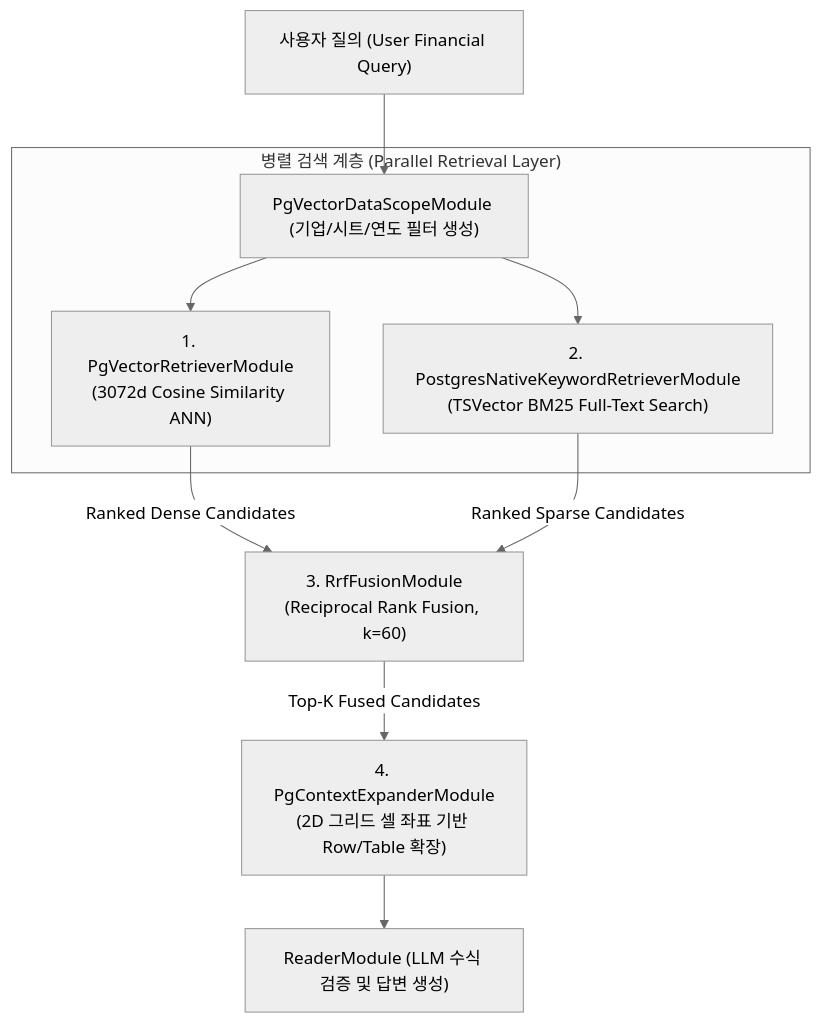
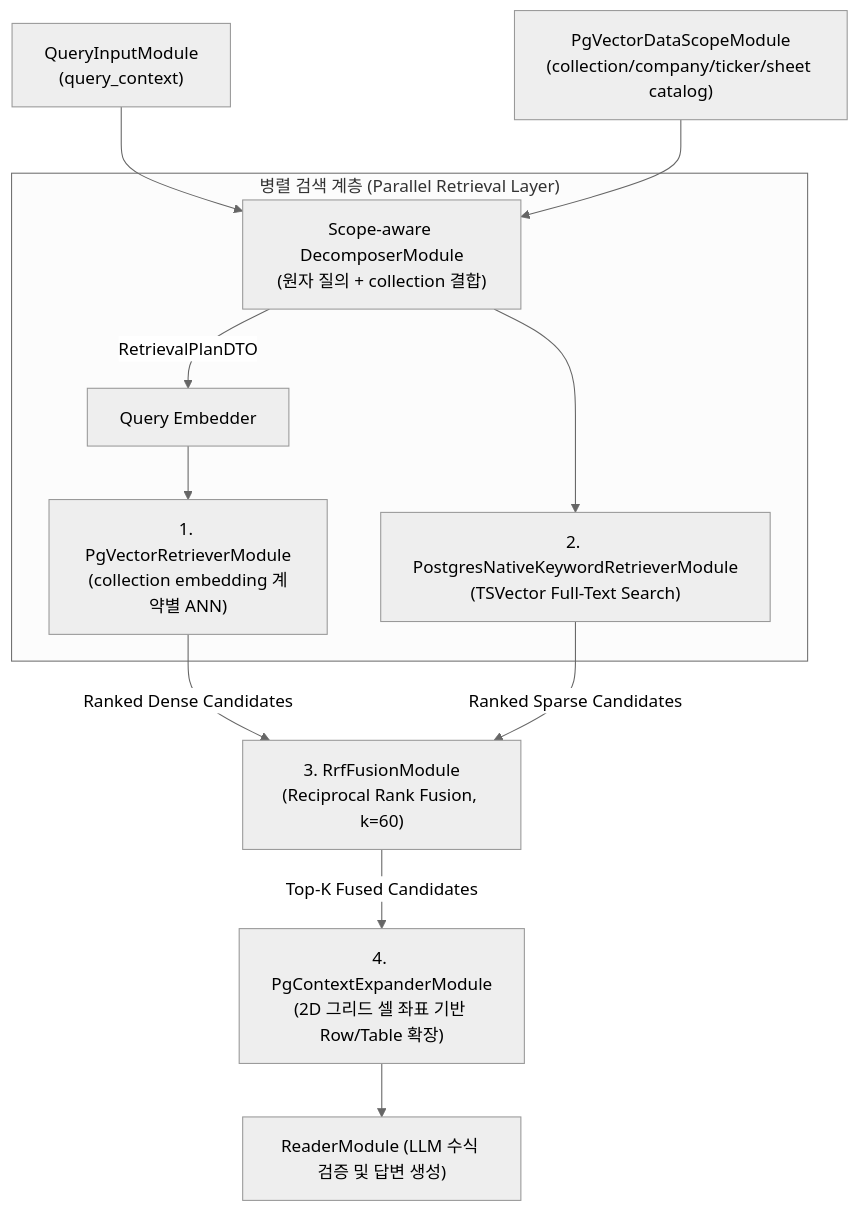
One commit to bist-mini-final/bist-mini-final changed the first of 2 diagrams in docs/blueprints/03_pipeline_module_blueprints/BP-303_hybrid_retrieval_and_fusion.md. Above: the diagram before and after it, drawn with Mermaid (neutral theme). The commit also changed other lines of this file and 152 other files, not shown here.

````diff
--- a/docs/blueprints/03_pipeline_module_blueprints/BP-303_hybrid_retrieval_and_fusion.md
+++ b/docs/blueprints/03_pipeline_module_blueprints/BP-303_hybrid_retrieval_and_fusion.md
@@ -14,15 +14,17 @@
 ```mermaid
 flowchart TD
-    QUERY["사용자 질의 (User Financial Query)"] --> SCOPE["PgVectorDataScopeModule (기업/시트/연도 필터 생성)"]
+    QUERY["QueryInputModule<br>(query_context)"] --> DECOMPOSE["Scope-aware DecomposerModule<br>(원자 질의 + collection 결합)"]
+    CATALOG["PgVectorDataScopeModule<br>(collection/company/ticker/sheet catalog)"] --> DECOMPOSE
+    DECOMPOSE -->|RetrievalPlanDTO| EMBED["Query Embedder"]
 
     subgraph ParallelRetrieval ["병렬 검색 계층 (Parallel Retrieval Layer)"]
-        SCOPE --> DENSE["1. PgVectorRetrieverModule<br>(3072d Cosine Similarity ANN)"]
-        SCOPE --> SPARSE["2. PostgresNativeKeywordRetrieverModule<br>(TSVector BM25 Full-Text Search)"]
+        EMBED --> DENSE["1. PgVectorRetrieverModule<br>(collection embedding 계약별 ANN)"]
+        DECOMPOSE --> SPARSE["2. PostgresNativeKeywordRetrieverModule<br>(TSVector Full-Text Search)"]
     end
 
     DENSE -->|Ranked Dense Candidates| RRF["3. RrfFusionModule<br>(Reciprocal Rank Fusion, k=60)"]
     SPARSE -->|Ranked Sparse Candidates| RRF
 
     RRF -->|Top-K Fused Candidates| EXPAND["4. PgContextExpanderModule<br>(2D 그리드 셀 좌표 기반 Row/Table 확장)"]
     EXPAND --> READER["ReaderModule (LLM 수식 검증 및 답변 생성)"]
 ```
````
